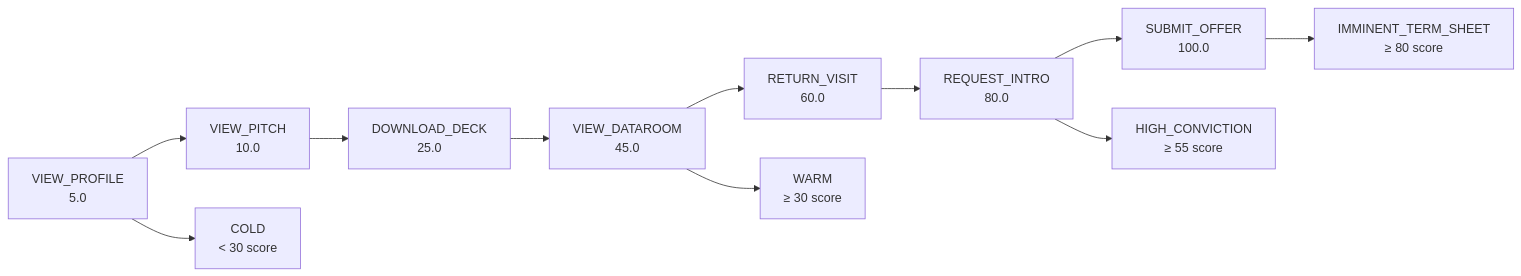
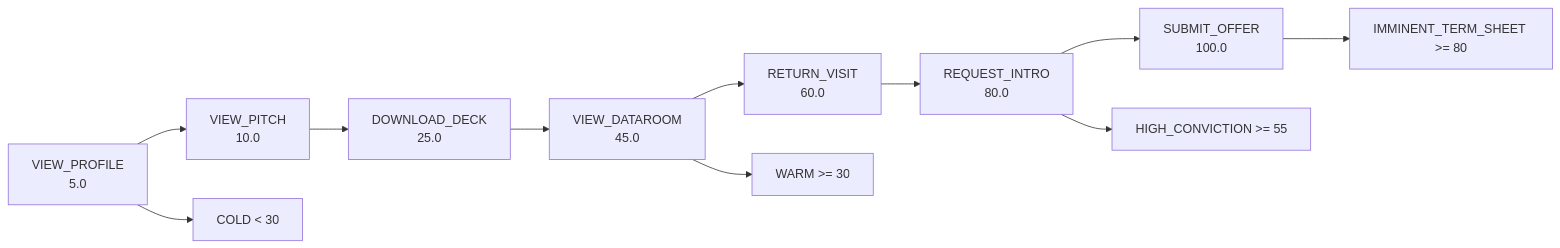
Before and after one commit to dozimikes/pitchmic: the tenth of 26 diagrams in README.md, drawn with Mermaid. The commit also changed other lines of this file, not shown here.

````diff
--- a/README.md
+++ b/README.md
@@ -490,14 +494,13 @@
 ```mermaid
 flowchart LR
-    VP["VIEW_PROFILE\n5.0"] --> VPitch["VIEW_PITCH\n10.0"]
-    VPitch --> DD["DOWNLOAD_DECK\n25.0"]
+    VP["VIEW_PROFILE\n5.0"] --> VPi["VIEW_PITCH\n10.0"]
+    VPi --> DD["DOWNLOAD_DECK\n25.0"]
     DD --> VDR["VIEW_DATAROOM\n45.0"]
     VDR --> RV["RETURN_VISIT\n60.0"]
     RV --> RI["REQUEST_INTRO\n80.0"]
     RI --> SO["SUBMIT_OFFER\n100.0"]
-
-    SO --> T1["IMMINENT_TERM_SHEET\n≥ 80 score"]
-    RI --> T2["HIGH_CONVICTION\n≥ 55 score"]
-    VDR --> T3["WARM\n≥ 30 score"]
-    VP --> T4["COLD\n< 30 score"]
+    SO --> T1["IMMINENT_TERM_SHEET >= 80"]
+    RI --> T2["HIGH_CONVICTION >= 55"]
+    VDR --> T3["WARM >= 30"]
+    VP --> T4["COLD < 30"]
 ```
````
